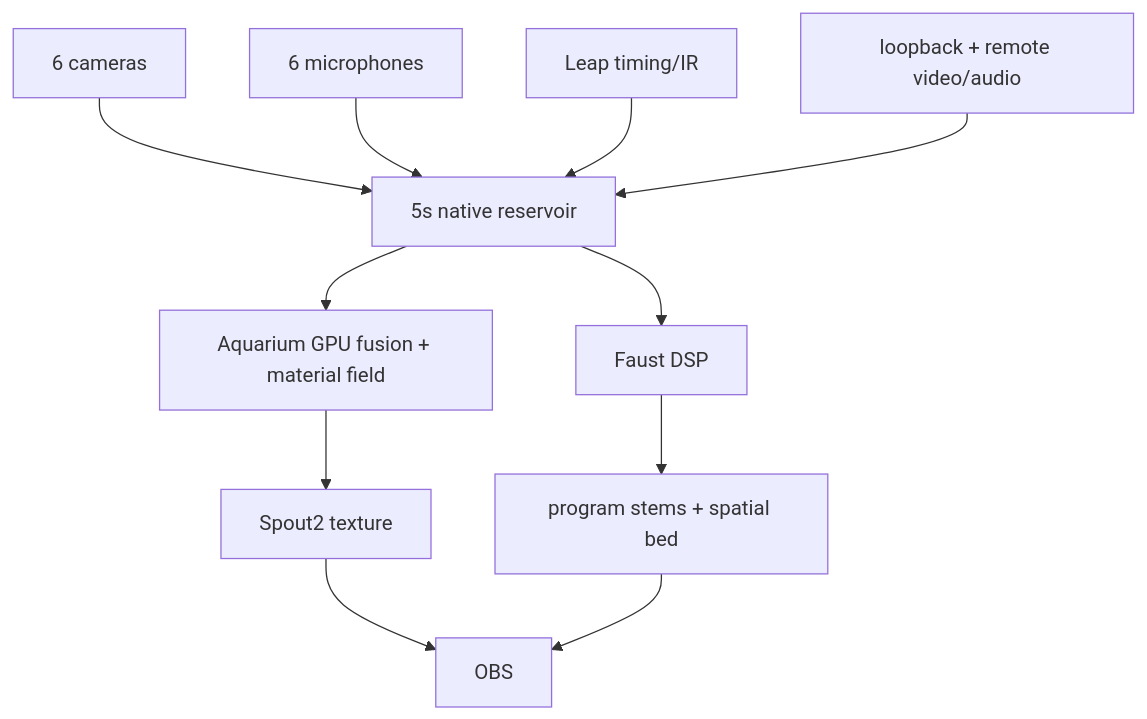
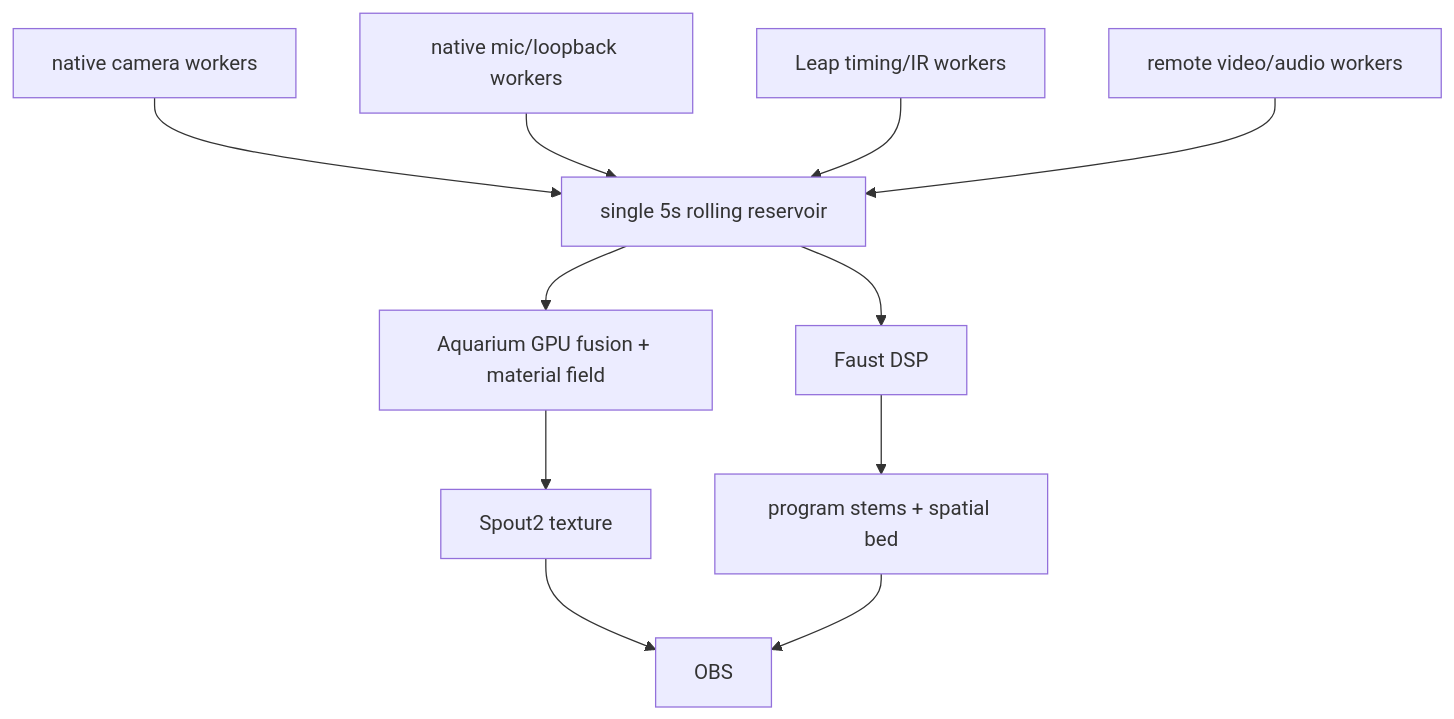
The first of 5 diagrams in notes/current-system-map.md (GameCult/Mimir), drawn with Mermaid before and after one commit. The commit also changed other lines of this file and 5 other files, not shown here.

Commit message:
Record native reservoir rebuild cut line

````diff
--- a/notes/current-system-map.md
+++ b/notes/current-system-map.md
@@ -9,13 +10,13 @@
 ```mermaid
 flowchart TD
-    A["6 cameras"] --> R["5s native reservoir"]
-    B["6 microphones"] --> R
-    C["Leap timing/IR"] --> R
-    D["loopback + remote video/audio"] --> R
+    A["native camera workers"] --> R["single 5s rolling reservoir"]
+    B["native mic/loopback workers"] --> R
+    C["Leap timing/IR workers"] --> R
+    D["remote video/audio workers"] --> R
     R --> E["Aquarium GPU fusion + material field"]
     R --> F["Faust DSP"]
     E --> G["Spout2 texture"]
     F --> H["program stems + spatial bed"]
     G --> I["OBS"]
     H --> I
 ```
````
